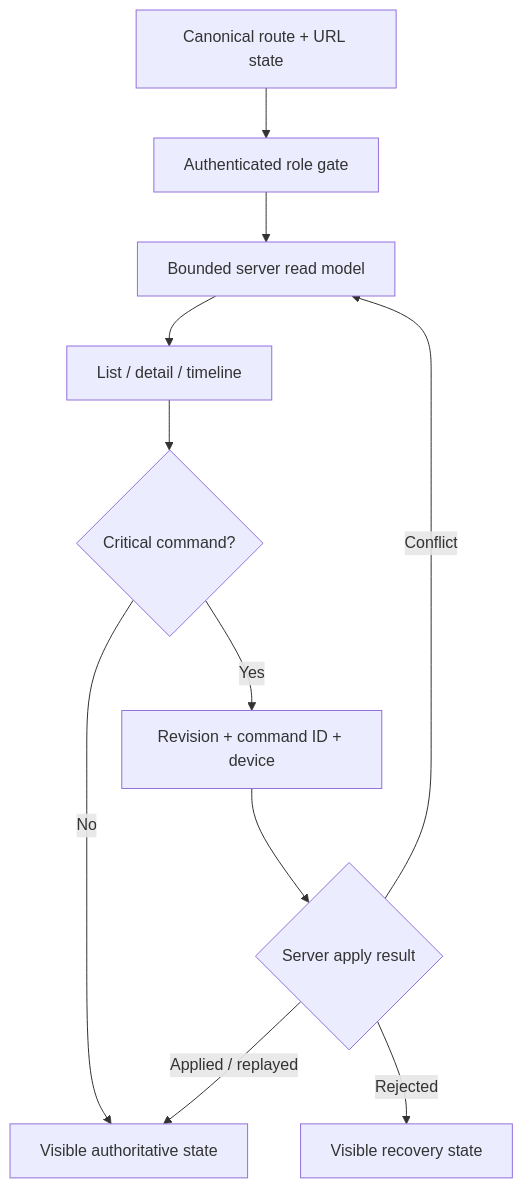
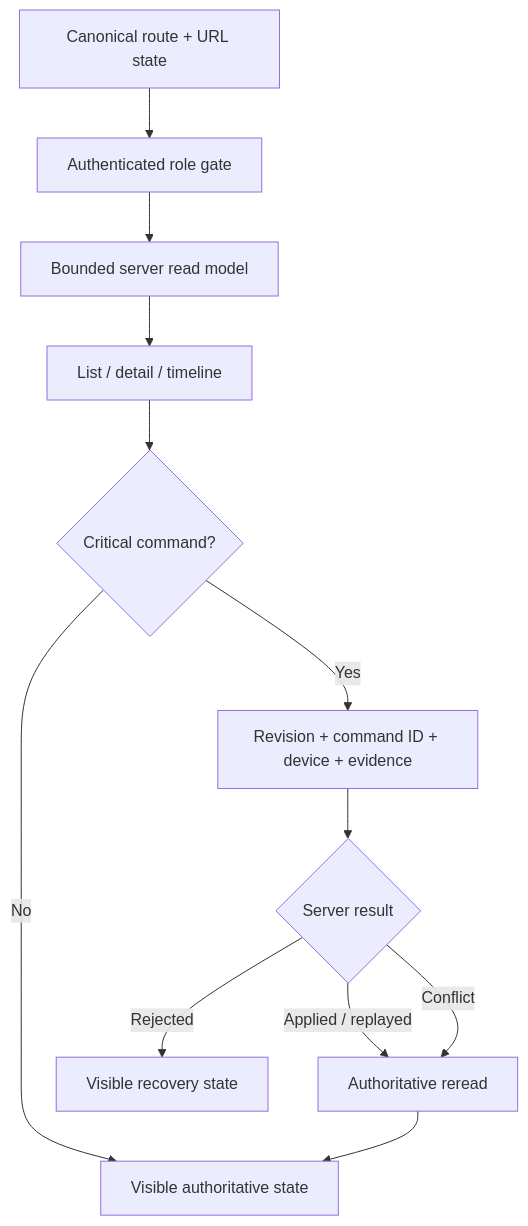
Before and after one commit to WayneWangPoly/ecoflow-vnext: the second of 2 diagrams in docs/engineering/work-packages/TRANSFORM-007-operational-records.md, drawn with Mermaid. The commit also changed other lines of this file, not shown here.

Commit message:
docs(transform-007): record Phase 5 completion evidence

````diff
--- a/docs/engineering/work-packages/TRANSFORM-007-operational-records.md
+++ b/docs/engineering/work-packages/TRANSFORM-007-operational-records.md
@@ -134,13 +129,14 @@
 ```mermaid
 flowchart TD
     A["Canonical route + URL state"] --> B["Authenticated role gate"]
     B --> C["Bounded server read model"]
     C --> D["List / detail / timeline"]
     D --> E{"Critical command?"}
     E -- No --> F["Visible authoritative state"]
-    E -- Yes --> G["Revision + command ID + device"]
-    G --> H{"Server apply result"}
-    H -- Applied / replayed --> F
-    H -- Conflict --> C
-    H -- Rejected --> I["Visible recovery state"]
+    E -- Yes --> G["Revision + command ID + device + evidence"]
+    G --> H{"Server result"}
+    H -- Applied / replayed --> I["Authoritative reread"]
+    H -- Conflict --> I
+    H -- Rejected --> J["Visible recovery state"]
+    I --> F
 ```
````
